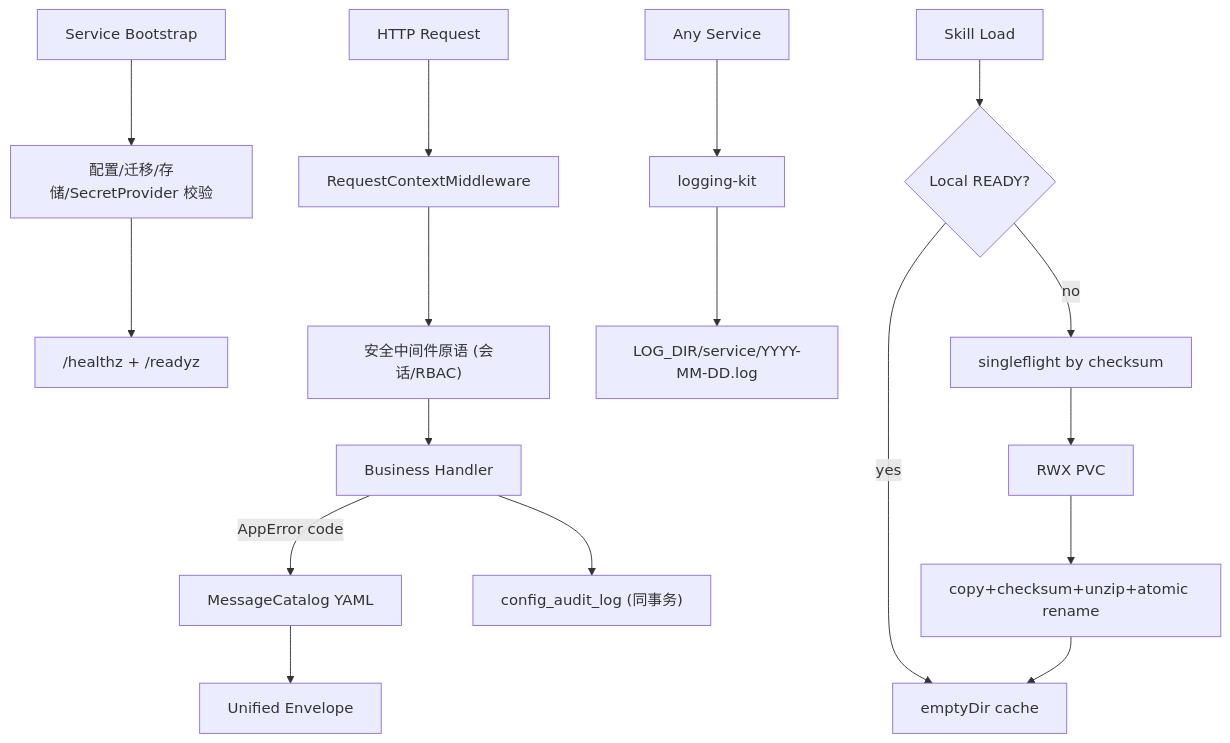
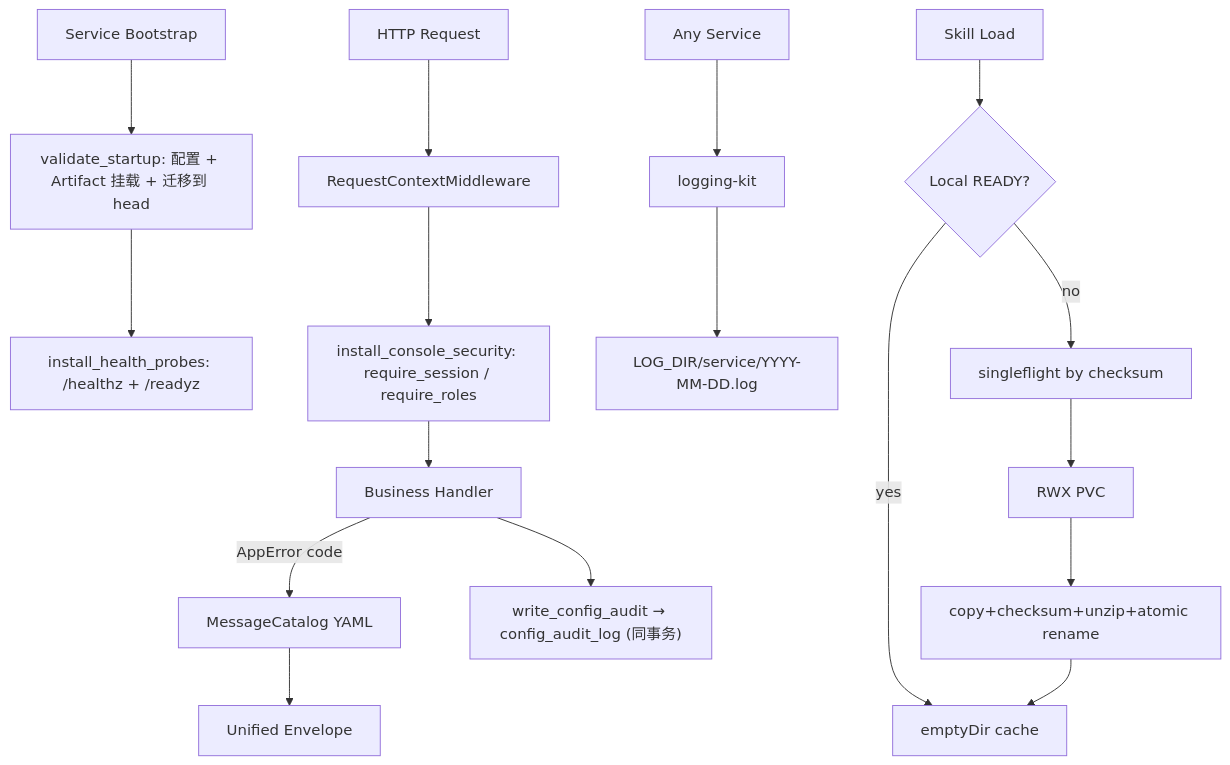
The first of 2 diagrams in .code-flow/tasks/archived/2026-09-17/01-platform-foundation/01-platform-foundation.backend.design.md (Michaelxwb/fluxion-harness), drawn with Mermaid before and after one commit. The commit also changed other lines of this file and 186 other files, not shown here.

````diff
--- a/.code-flow/tasks/archived/2026-09-17/01-platform-foundation/01-platform-foundation.backend.design.md
+++ b/.code-flow/tasks/archived/2026-09-17/01-platform-foundation/01-platform-foundation.backend.design.md
@@ -160,15 +160,15 @@
 ```mermaid
 flowchart TD
-  BOOT["Service Bootstrap"] --> CFG["配置/迁移/存储/SecretProvider 校验"]
-  CFG --> READY["/healthz + /readyz"]
+  BOOT["Service Bootstrap"] --> CFG["validate_startup: 配置 + Artifact 挂载 + 迁移到 head"]
+  CFG --> READY["install_health_probes: /healthz + /readyz"]
   REQ["HTTP Request"] --> CTX["RequestContextMiddleware"]
-  CTX --> SEC["安全中间件原语 (会话/RBAC)"]
+  CTX --> SEC["install_console_security: require_session / require_roles"]
   SEC --> APP["Business Handler"]
   APP -->|AppError code| CAT["MessageCatalog YAML"]
-  APP --> AUD["config_audit_log (同事务)"]
+  APP --> AUD["write_config_audit → config_audit_log (同事务)"]
   CAT --> ENV["Unified Envelope"]
   LOG["Any Service"] --> LK["logging-kit"] --> FILE["LOG_DIR/service/YYYY-MM-DD.log"]
   EXEC["Skill Load"] --> HIT{"Local READY?"}
   HIT -->|yes| LOCAL["emptyDir cache"]
   HIT -->|no| SF["singleflight by checksum"] --> NFS["RWX PVC"] --> VERIFY["copy+checksum+unzip+atomic rename"] --> LOCAL
 ```
````
